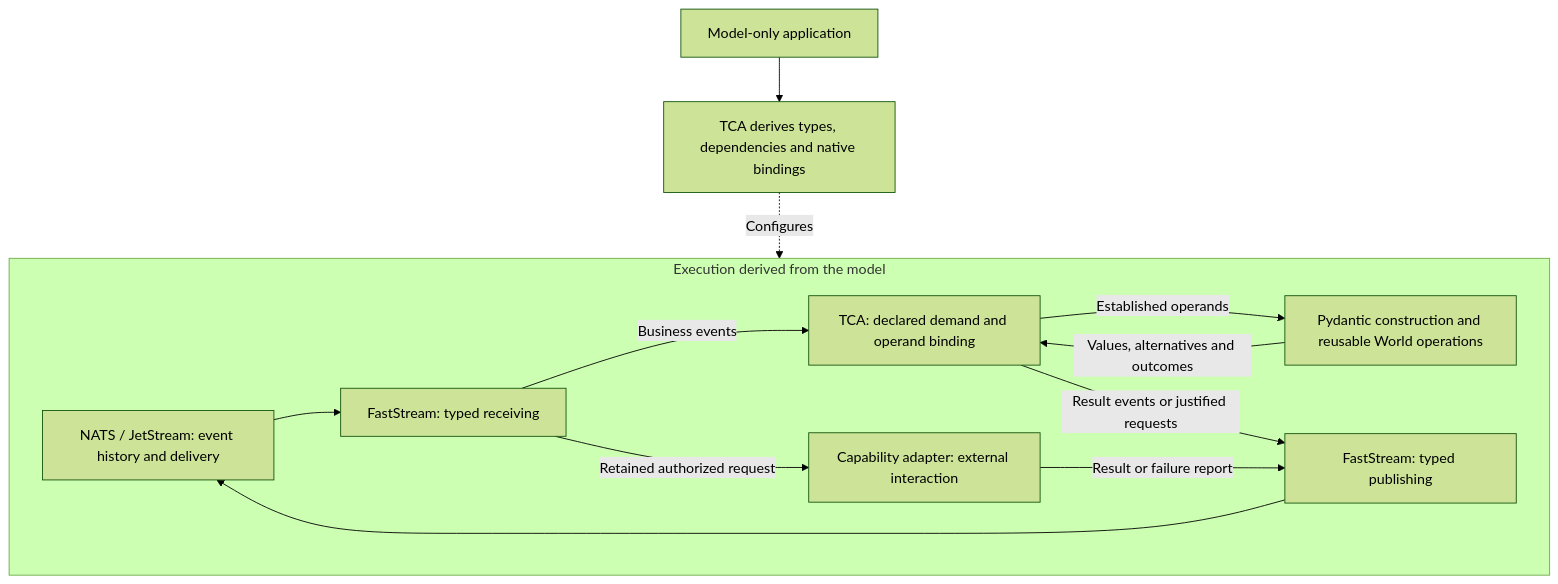
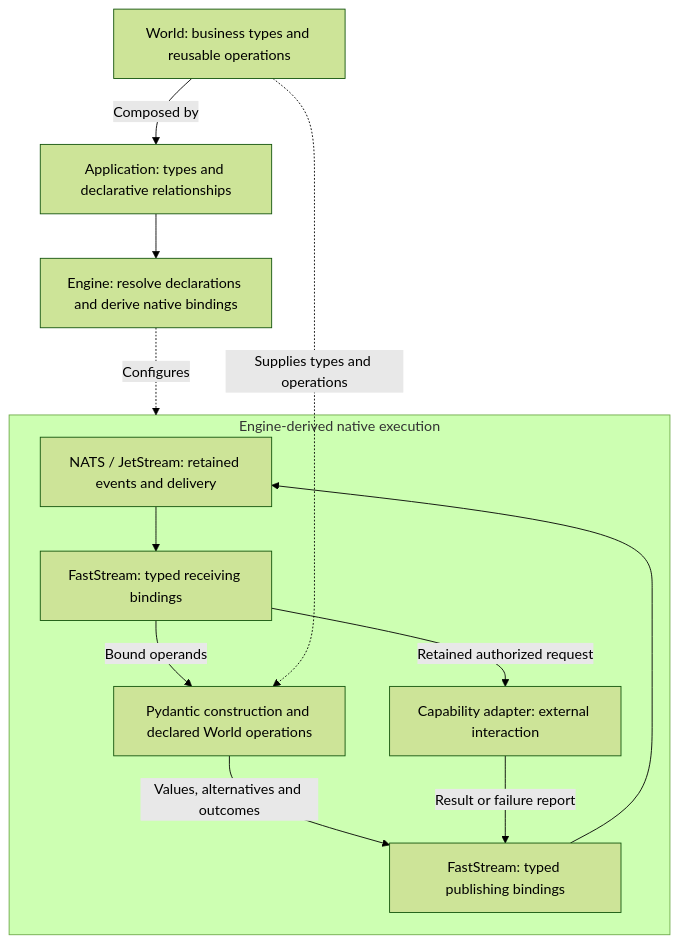
The diagram in docs/architecture/DESIGN.md (kylejtobin/tca), drawn with Mermaid (forest theme) before and after one commit. The commit also changed other lines of this file, not shown here.

First line of the commit message:
docs(architecture): Specify typed namespace native execution

````diff
--- a/docs/architecture/DESIGN.md
+++ b/docs/architecture/DESIGN.md
@@ -19,26 +16,26 @@
 ```mermaid
 flowchart TB
-    MODEL["Model-only application"]
-    MODEL --> BIND["TCA derives types, dependencies and native bindings"]
+    WORLD["World: business types and reusable operations"]
+    MODEL["Application: types and declarative relationships"]
+    BIND["Engine: resolve declarations and derive native bindings"]
+    WORLD -->|"Composed by"| MODEL
+    MODEL --> BIND
 
-    subgraph RUNTIME["Execution derived from the model"]
-        NATS["NATS / JetStream: event history and delivery"]
-        RECEIVE["FastStream: typed receiving"]
-        COORD["TCA: declared demand and operand binding"]
-        BUILD["Pydantic construction and reusable World operations"]
-        PUBLISH["FastStream: typed publishing"]
+    subgraph EXECUTION["Engine-derived native execution"]
+        NATS["NATS / JetStream: retained events and delivery"]
+        RECEIVE["FastStream: typed receiving bindings"]
+        BUILD["Pydantic construction and declared World operations"]
+        PUBLISH["FastStream: typed publishing bindings"]
         CAP["Capability adapter: external interaction"]
 
         NATS --> RECEIVE
-        RECEIVE -->|"Business events"| COORD
-        COORD -->|"Established operands"| BUILD
-        BUILD -->|"Values, alternatives and outcomes"| COORD
-        COORD -->|"Result events or justified requests"| PUBLISH
+        RECEIVE -->|"Bound operands"| BUILD
+        BUILD -->|"Values, alternatives and outcomes"| PUBLISH
         PUBLISH --> NATS
-
         RECEIVE -->|"Retained authorized request"| CAP
         CAP -->|"Result or failure report"| PUBLISH
     end
 
-    BIND -.->|"Configures"| RUNTIME
+    WORLD -.->|"Supplies types and operations"| BUILD
+    BIND -.->|"Configures"| EXECUTION
 ```
````
